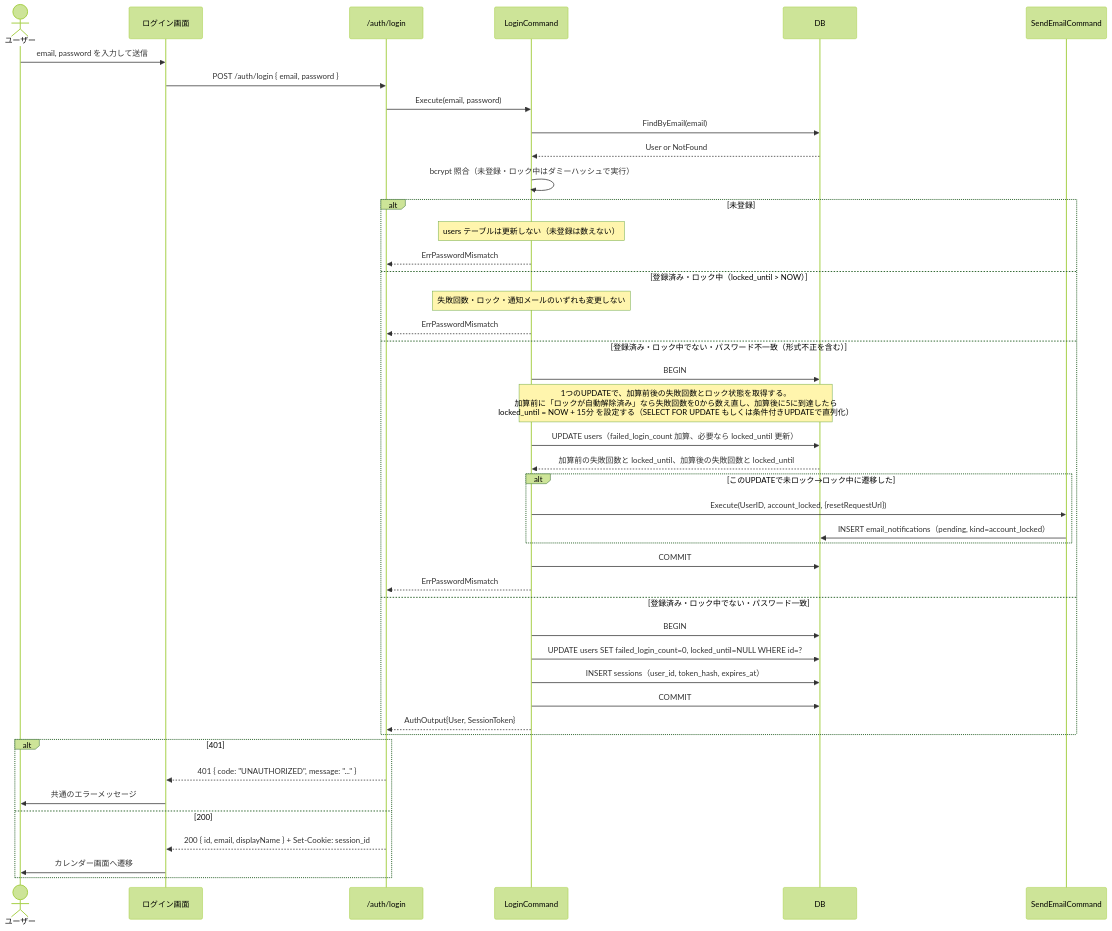
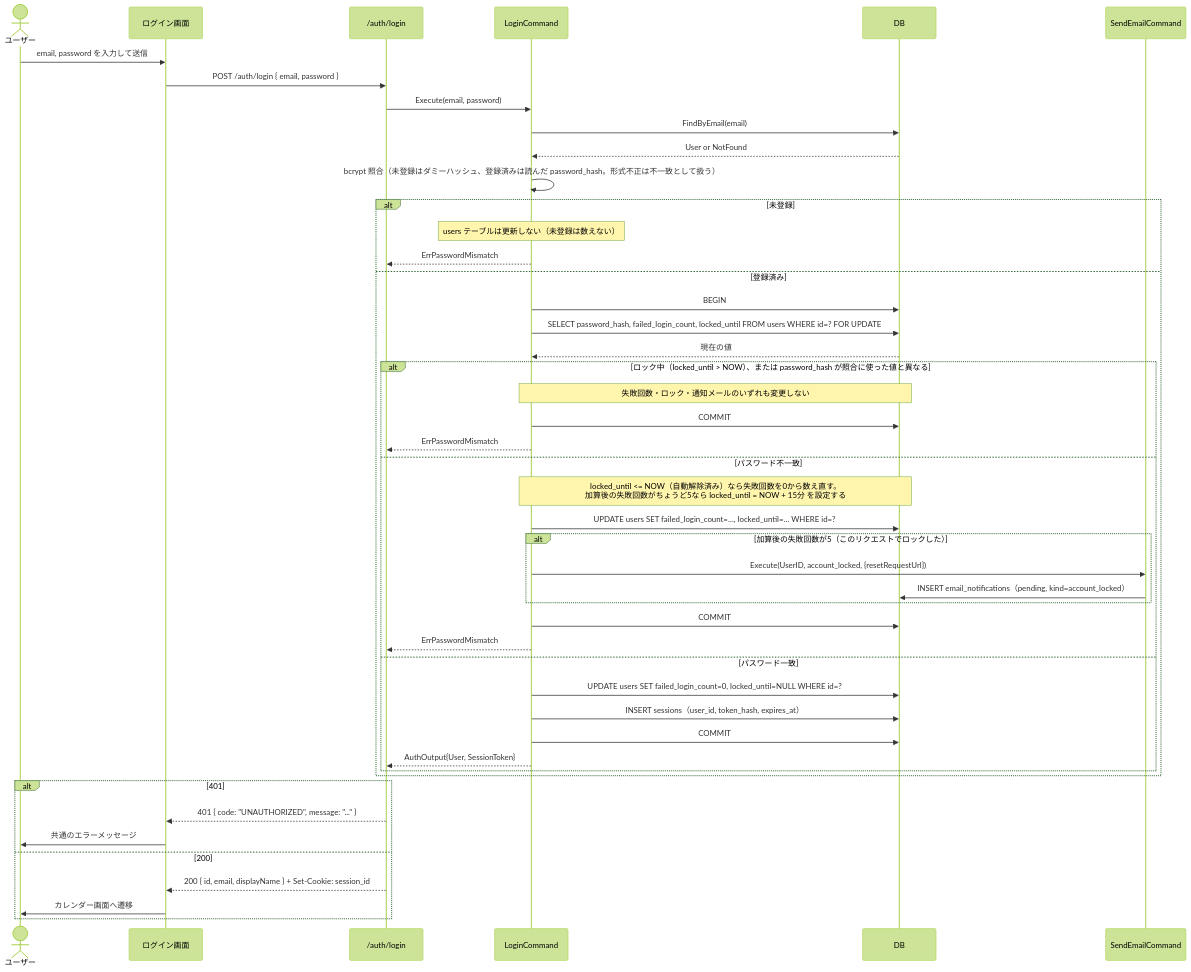
The first of 3 diagrams in docs/spec/SPEC-011-account-lock-password-reset.md (Haya372/ai-trial), drawn with Mermaid (forest theme) before and after one commit. The commit also changed other lines of this file and 2 other files, not shown here.

Commit message:
docs: Serialize login and reset on the users row lock
Concurrent requests could bypass the five-try limit, extend a lock,
leave two reset links valid, or issue a session after a reset.
Locking the users row first and re-reading its state closes these.

````diff
--- a/docs/spec/SPEC-011-account-lock-password-reset.md
+++ b/docs/spec/SPEC-011-account-lock-password-reset.md
@@ -225,47 +228,50 @@
 ```mermaid
 sequenceDiagram
     actor User as ユーザー
     participant UI as ログイン画面
     participant API as /auth/login
     participant UC as LoginCommand
     participant DB
     participant Send as SendEmailCommand
 
     User->>UI: email, password を入力して送信
     UI->>API: POST /auth/login { email, password }
     API->>UC: Execute(email, password)
     UC->>DB: FindByEmail(email)
     DB-->>UC: User or NotFound
-    UC->>UC: bcrypt 照合（未登録・ロック中はダミーハッシュで実行）
+    UC->>UC: bcrypt 照合（未登録はダミーハッシュ、登録済みは読んだ password_hash。形式不正は不一致として扱う）
     alt 未登録
         Note over UC: users テーブルは更新しない（未登録は数えない）
         UC-->>API: ErrPasswordMismatch
-    else 登録済み・ロック中（locked_until > NOW）
-        Note over UC: 失敗回数・ロック・通知メールのいずれも変更しない
-        UC-->>API: ErrPasswordMismatch
-    else 登録済み・ロック中でない・パスワード不一致（形式不正を含む）
+    else 登録済み
         UC->>DB: BEGIN
-        Note over UC,DB: 1つのUPDATEで、加算前後の失敗回数とロック状態を取得する。<br/>加算前に「ロックが自動解除済み」なら失敗回数を0から数え直し、加算後に5に到達したら<br/>locked_until = NOW + 15分 を設定する（SELECT FOR UPDATE もしくは条件付きUPDATEで直列化）
-        UC->>DB: UPDATE users（failed_login_count 加算、必要なら locked_until 更新）
-        DB-->>UC: 加算前の失敗回数と locked_until、加算後の失敗回数と locked_until
-        alt このUPDATEで未ロック→ロック中に遷移した
-            UC->>Send: Execute(UserID, account_locked, {resetRequestUrl})
-            Send->>DB: INSERT email_notifications（pending, kind=account_locked）
+        UC->>DB: SELECT password_hash, failed_login_count, locked_until FROM users WHERE id=? FOR UPDATE
+        DB-->>UC: 現在の値
+        alt ロック中（locked_until > NOW）、または password_hash が照合に使った値と異なる
+            Note over UC,DB: 失敗回数・ロック・通知メールのいずれも変更しない
+            UC->>DB: COMMIT
+            UC-->>API: ErrPasswordMismatch
+        else パスワード不一致
+            Note over UC,DB: locked_until <= NOW（自動解除済み）なら失敗回数を0から数え直す。<br/>加算後の失敗回数がちょうど5なら locked_until = NOW + 15分 を設定する
+            UC->>DB: UPDATE users SET failed_login_count=…, locked_until=… WHERE id=?
+            alt 加算後の失敗回数が5（このリクエストでロックした）
+                UC->>Send: Execute(UserID, account_locked, {resetRequestUrl})
+                Send->>DB: INSERT email_notifications（pending, kind=account_locked）
+            end
+            UC->>DB: COMMIT
+            UC-->>API: ErrPasswordMismatch
+        else パスワード一致
+            UC->>DB: UPDATE users SET failed_login_count=0, locked_until=NULL WHERE id=?
+            UC->>DB: INSERT sessions（user_id, token_hash, expires_at）
+            UC->>DB: COMMIT
+            UC-->>API: AuthOutput{User, SessionToken}
         end
-        UC->>DB: COMMIT
-        UC-->>API: ErrPasswordMismatch
-    else 登録済み・ロック中でない・パスワード一致
-        UC->>DB: BEGIN
-        UC->>DB: UPDATE users SET failed_login_count=0, locked_until=NULL WHERE id=?
-        UC->>DB: INSERT sessions（user_id, token_hash, expires_at）
-        UC->>DB: COMMIT
-        UC-->>API: AuthOutput{User, SessionToken}
     end
     alt 401
         API-->>UI: 401 { code: "UNAUTHORIZED", message: "..." }
         UI->>User: 共通のエラーメッセージ
     else 200
         API-->>UI: 200 { id, email, displayName } + Set-Cookie: session_id
         UI->>User: カレンダー画面へ遷移
     end
 ```
````
